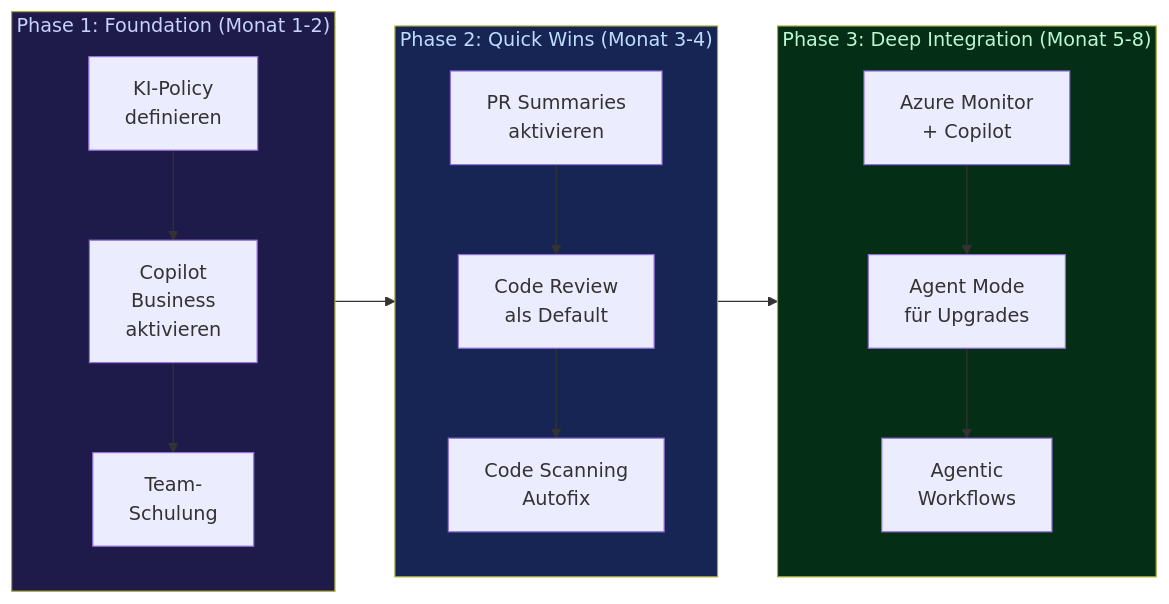
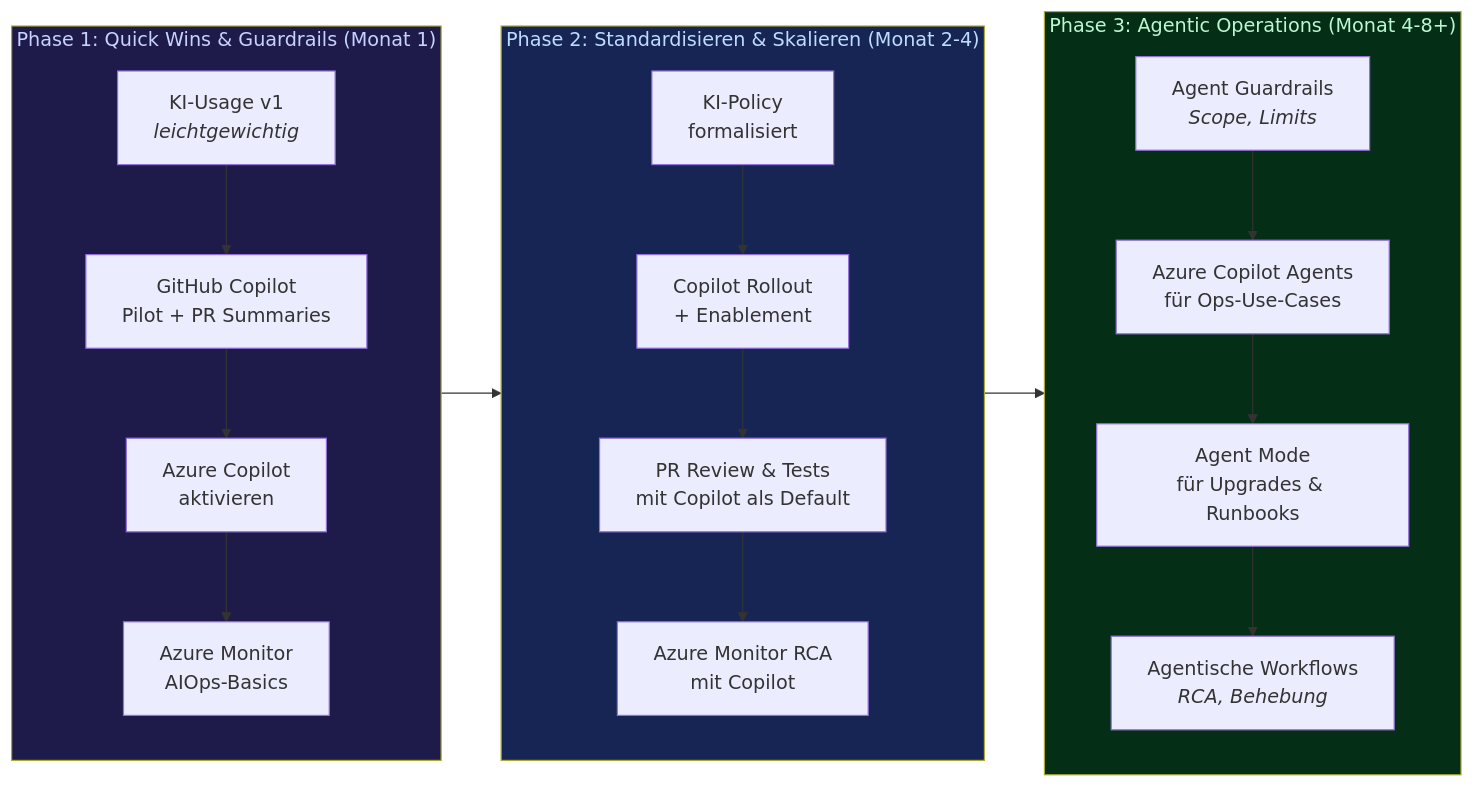
One commit to harrybin/presentations changed the diagram in special-slides/aiops-Mainteance-mit-KI/summary.md. Above: the diagram before and after it, drawn with Mermaid. The commit also changed other lines of this file, not shown here.

Commit message:
feat(aiops): update summary

````diff
--- a/special-slides/aiops-Mainteance-mit-KI/summary.md
+++ b/special-slides/aiops-Mainteance-mit-KI/summary.md
@@ -64,24 +60,27 @@
 ```mermaid {scale: 0.6}
 graph LR
-    subgraph Phase1["Phase 1: Foundation (Monat 1-2)"]
-        A1[KI-Policy<br/>definieren] --> A2[Copilot<br/>Business<br/>aktivieren]
-        A2 --> A3[Team-<br/>Schulung]
+    subgraph Phase1["Phase 1: Quick Wins & Guardrails (Monat 1)"]
+        A1[KI-Usage v1<br/><i>leichtgewichtig</i>] --> A2[GitHub Copilot<br/>Pilot + PR Summaries]
+        A2 --> A3[Azure Copilot<br/>aktivieren]
+        A3 --> A4[Azure Monitor<br/>AIOps-Basics]
     end
 
-    subgraph Phase2["Phase 2: Quick Wins (Monat 3-4)"]
-        B1[PR Summaries<br/>aktivieren] --> B2[Code Review<br/>als Default]
-        B2 --> B3[Code Scanning<br/>Autofix]
+    subgraph Phase2["Phase 2: Standardisieren & Skalieren (Monat 2-4)"]
+        B1[KI-Policy<br/>formalisiert] --> B2[Copilot Rollout<br/>+ Enablement]
+        B2 --> B3[PR Review & Tests<br/>mit Copilot als Default]
+        B3 --> B4[Azure Monitor RCA<br/>mit Copilot]
     end
 
-    subgraph Phase3["Phase 3: Deep Integration (Monat 5-8)"]
-        C1[Azure Monitor<br/>+ Copilot] --> C2[Agent Mode<br/>für Upgrades]
-        C2 --> C3[Agentic<br/>Workflows]
+    subgraph Phase3["Phase 3: Agentic Operations (Monat 4-8+)"]
+        C1[Agent Guardrails<br/><i>Scope, Limits</i>] --> C2[Azure Copilot Agents<br/>für Ops-Use-Cases]
+        C2 --> C3[Agent Mode<br/>für Upgrades & Runbooks]
+        C3 --> C4[Agentische Workflows<br/> <i>RCA, Behebung</i>]
     end
 
     Phase1 --> Phase2
     Phase2 --> Phase3
 
     style Phase1 fill:#1e1b4b,color:#c7d2fe
     style Phase2 fill:#172554,color:#bfdbfe
     style Phase3 fill:#052e16,color:#bbf7d0
 ```
````
